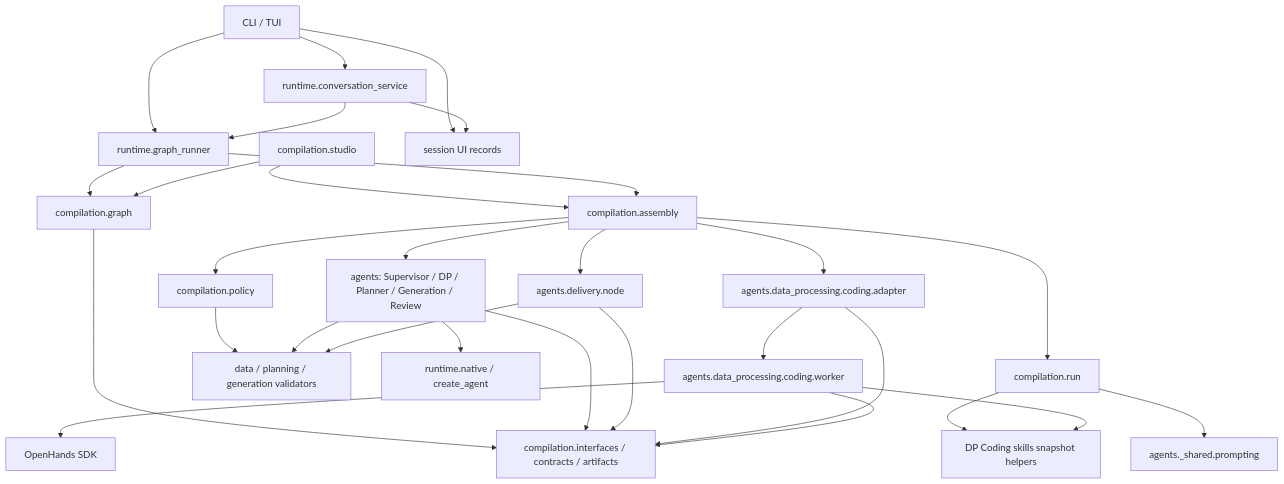
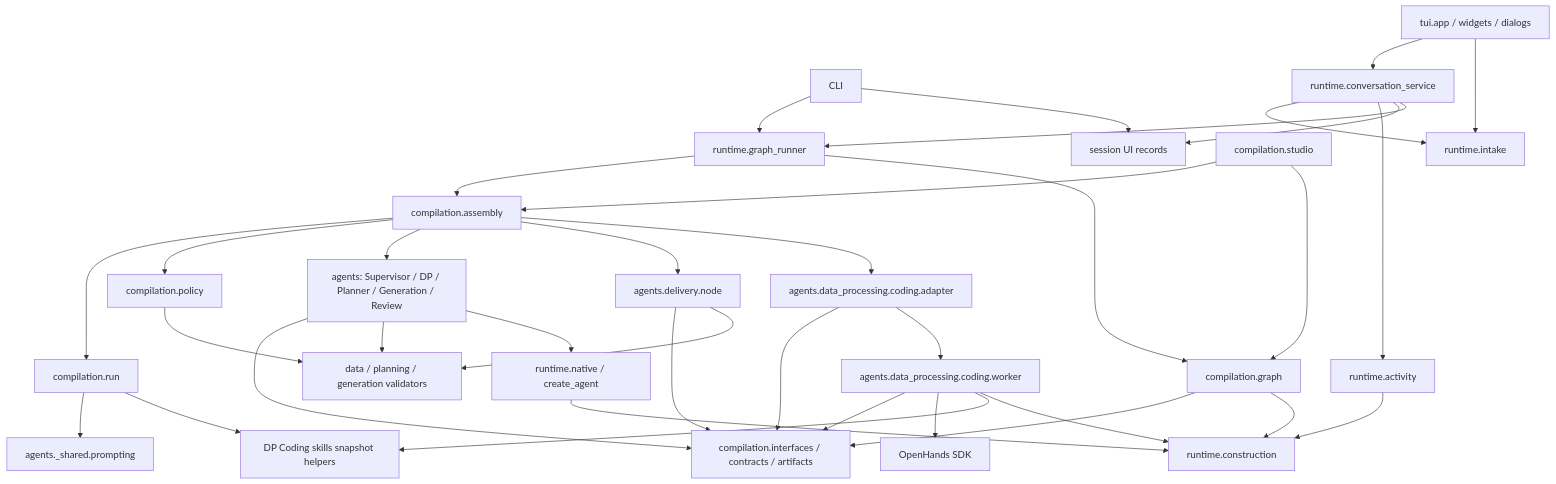
The first of 3 diagrams in docs/ARCHITECTURE.md (fly233338/MedBenchAgent), drawn with Mermaid before and after one commit. The commit also changed other lines of this file and 14 other files, not shown here.

````diff
--- a/docs/ARCHITECTURE.md
+++ b/docs/ARCHITECTURE.md
@@ -8,30 +8,35 @@
 ```mermaid
 flowchart TB
-    CLI[CLI / TUI] --> Runner[runtime.graph_runner]
+    CLI[CLI] --> Runner[runtime.graph_runner]
+    TUI[tui.app / widgets / dialogs] --> UIService[runtime.conversation_service]
+    TUI --> Intake[runtime.intake]
+    UIService --> Intake
+    UIService --> Activity[runtime.activity]
     Studio[compilation.studio] --> Assembly[compilation.assembly]
     Assembly --> Run[compilation.run]
     Run --> Prompting[agents._shared.prompting]
     Run --> SkillSnapshot[DP Coding skills snapshot helpers]
     Runner --> Assembly
     Runner & Studio --> Graph[compilation.graph]
     Assembly --> Policy[compilation.policy]
     Graph --> Public[compilation.interfaces / contracts / artifacts]
     Policy --> Domain[data / planning / generation validators]
     Assembly --> Agents[agents: Supervisor / DP / Planner / Generation / Review]
     Assembly --> Delivery[agents.delivery.node]
     Assembly --> Coding[agents.data_processing.coding.adapter]
     Agents --> Public
     Agents --> Domain
     Agents --> Native[runtime.native / create_agent]
     Delivery --> Public
     Delivery --> Domain
     Coding --> Public
     Coding --> Worker[agents.data_processing.coding.worker]
     Worker --> Public
     Worker --> SDK[OpenHands SDK]
     Worker --> SkillSnapshot
     CLI --> Sessions[session UI records]
-    CLI --> UIService[runtime.conversation_service]
     UIService --> Sessions
     UIService --> Runner
+    Graph & Native & Worker --> Events[runtime.construction]
+    Activity --> Events
 ```
````
